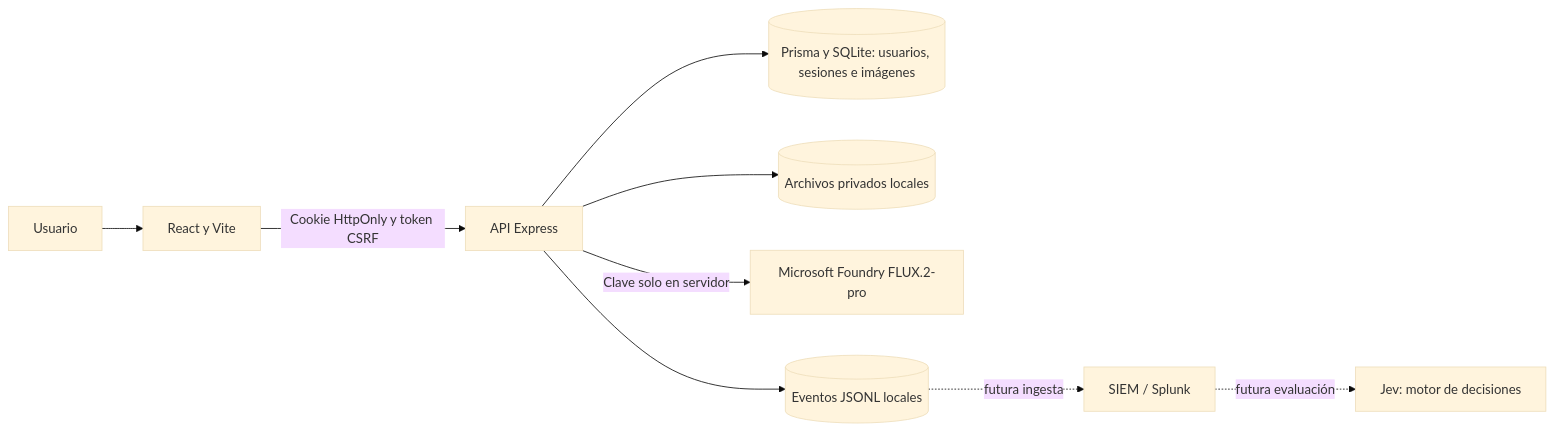
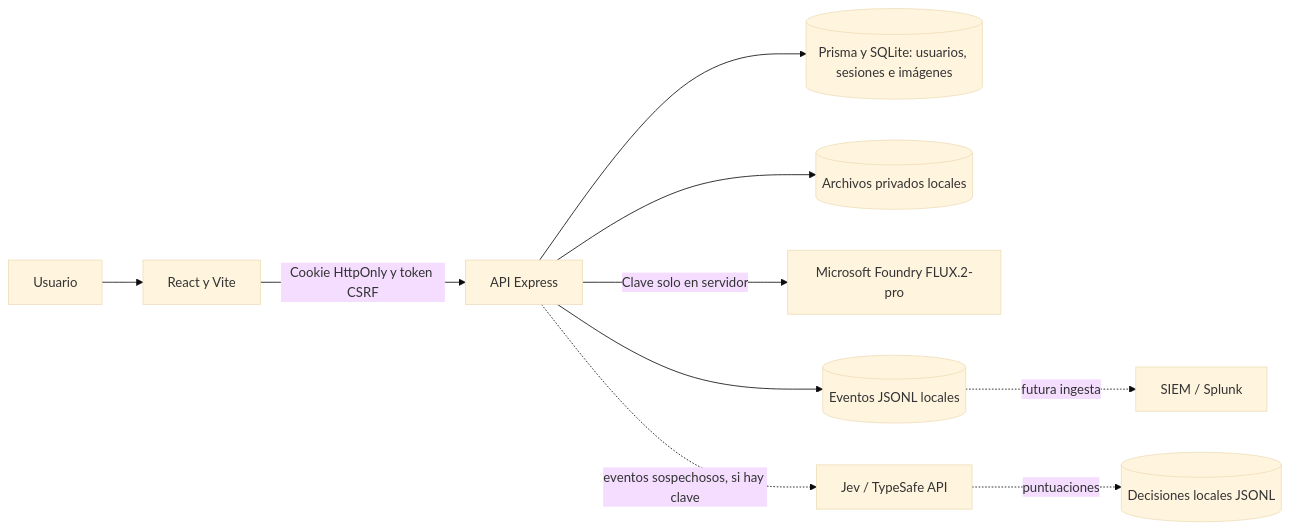
Before and after one commit to GuamanFrancis/adaptive-security-orchestrator: the diagram in docs/SECURITY_ARCHITECTURE.md, drawn with Mermaid (base theme). The commit also changed other lines of this file and 7 other files, not shown here.

````diff
--- a/docs/SECURITY_ARCHITECTURE.md
+++ b/docs/SECURITY_ARCHITECTURE.md
@@ -7,11 +7,12 @@
 ```mermaid
 flowchart LR
   U[Usuario] --> F[React y Vite]
   F -->|Cookie HttpOnly y token CSRF| A[API Express]
   A --> DB[(Prisma y SQLite: usuarios, sesiones e imágenes)]
   A --> FS[(Archivos privados locales)]
   A -->|Clave solo en servidor| M[Microsoft Foundry FLUX.2-pro]
   A --> L[(Eventos JSONL locales)]
   L -. futura ingesta .-> S[SIEM / Splunk]
-  S -. futura evaluación .-> J[Jev: motor de decisiones]
+  A -. eventos sospechosos, si hay clave .-> J[Jev / TypeSafe API]
+  J -. puntuaciones .-> D[(Decisiones locales JSONL)]
 ```
````
